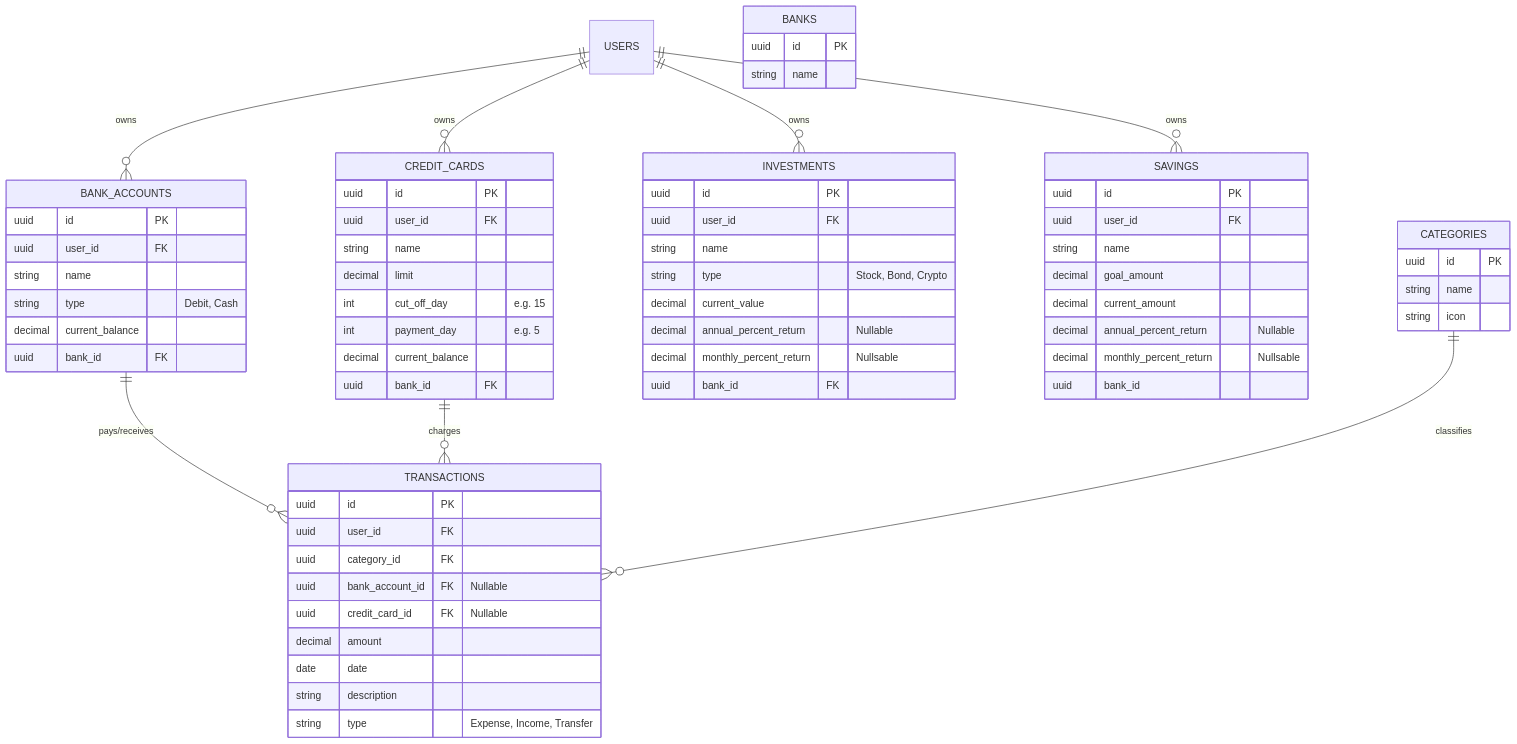
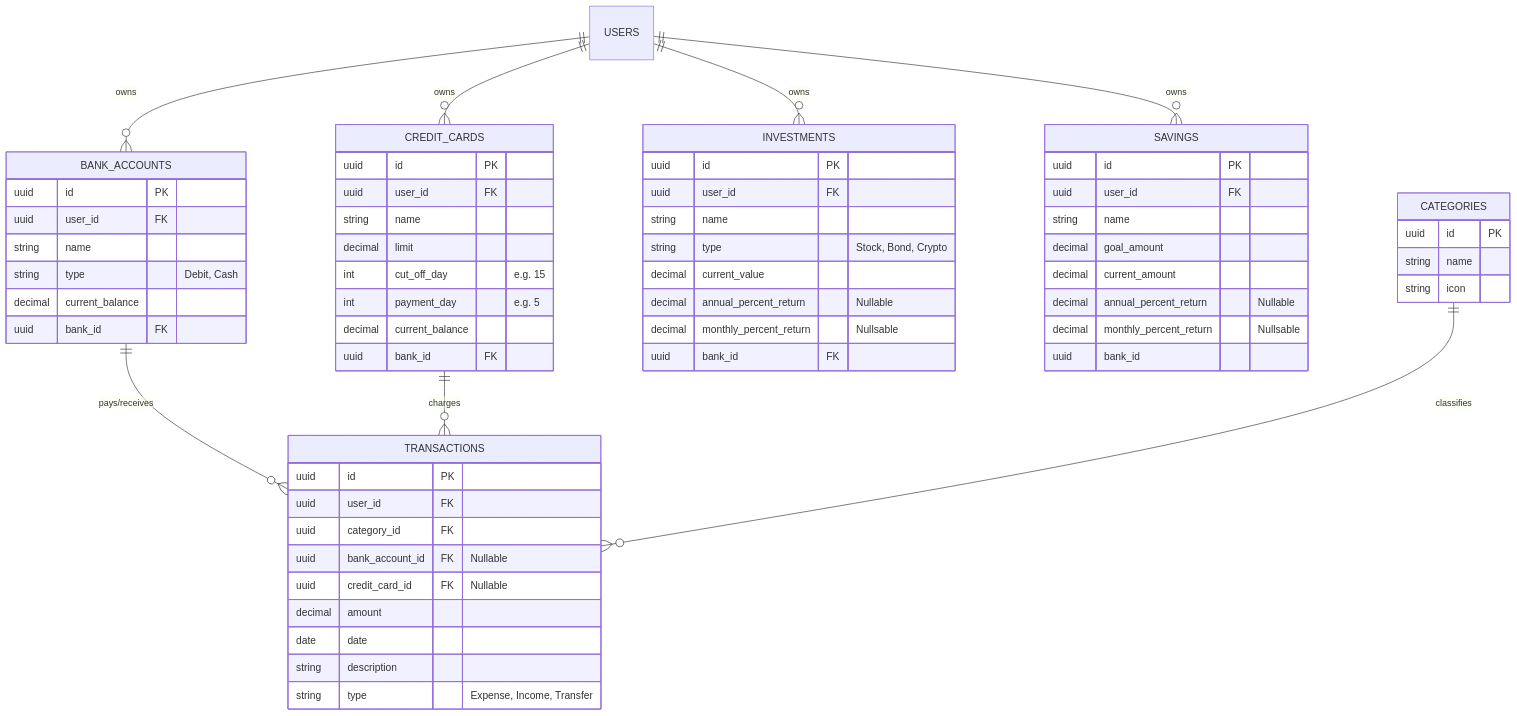
Before and after one commit to marco-gallegos/pua_bank_api_lvr: the diagram in Database.md, drawn with Mermaid. The commit also changed 2 other files, not shown here.

Commit message:
chore(api): bank accounts

````diff
--- a/Database.md
+++ b/Database.md
@@ -3,79 +3,73 @@
 ```mermaid
 erDiagram
     USERS ||--o{ BANK_ACCOUNTS : owns
     USERS ||--o{ CREDIT_CARDS : owns
     USERS ||--o{ INVESTMENTS : owns
     USERS ||--o{ SAVINGS : owns
     %% USERS ||--o{ CATEGORIES : defines
 
     BANK_ACCOUNTS {
         uuid id PK
         uuid user_id FK
         string name
         string type "Debit, Cash"
         decimal current_balance
         uuid bank_id FK
     }
 
     CREDIT_CARDS {
         uuid id PK
         uuid user_id FK
         string name
         decimal limit
         int cut_off_day "e.g. 15"
         int payment_day "e.g. 5"
         decimal current_balance
         uuid bank_id FK
     }
 
     INVESTMENTS {
         uuid id PK
         uuid user_id FK
         string name
         string type "Stock, Bond, Crypto"
         decimal current_value
         decimal annual_percent_return "Nullable"
         decimal monthly_percent_return "Nullsable"
         uuid bank_id FK
     }
 
     SAVINGS {
         uuid id PK
         uuid user_id FK
         string name
         decimal goal_amount
         decimal current_amount
         decimal annual_percent_return "Nullable"
         decimal monthly_percent_return "Nullsable"
         uuid bank_id 
     }
 
     TRANSACTIONS {
         uuid id PK
         uuid user_id FK
         uuid category_id FK
         uuid bank_account_id FK "Nullable"
         uuid credit_card_id FK "Nullable"
         decimal amount
         date date
         string description
         string type "Expense, Income, Transfer"
     }
 
     CATEGORIES {
         uuid id PK
         string name
         string icon
     }
 
-    BANKS {
-        uuid id PK
-        string name
-    }
-
-
     BANK_ACCOUNTS ||--o{ TRANSACTIONS : "pays/receives"
     CREDIT_CARDS ||--o{ TRANSACTIONS : "charges"
     CATEGORIES ||--o{ TRANSACTIONS : classifies
     
 ```
````
